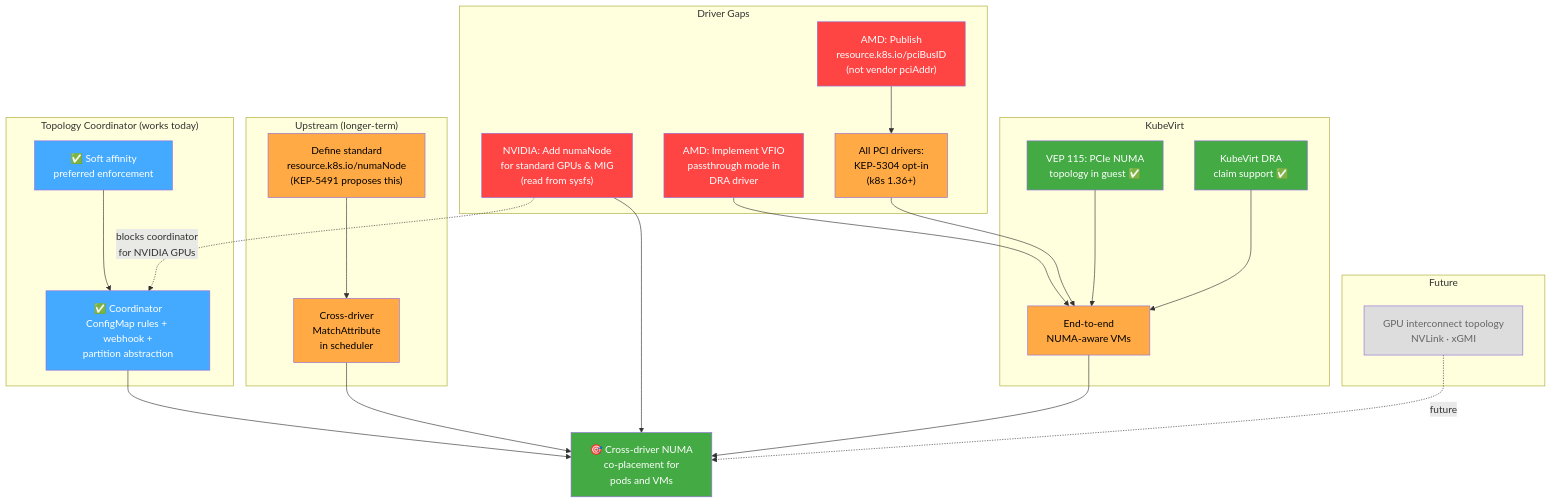
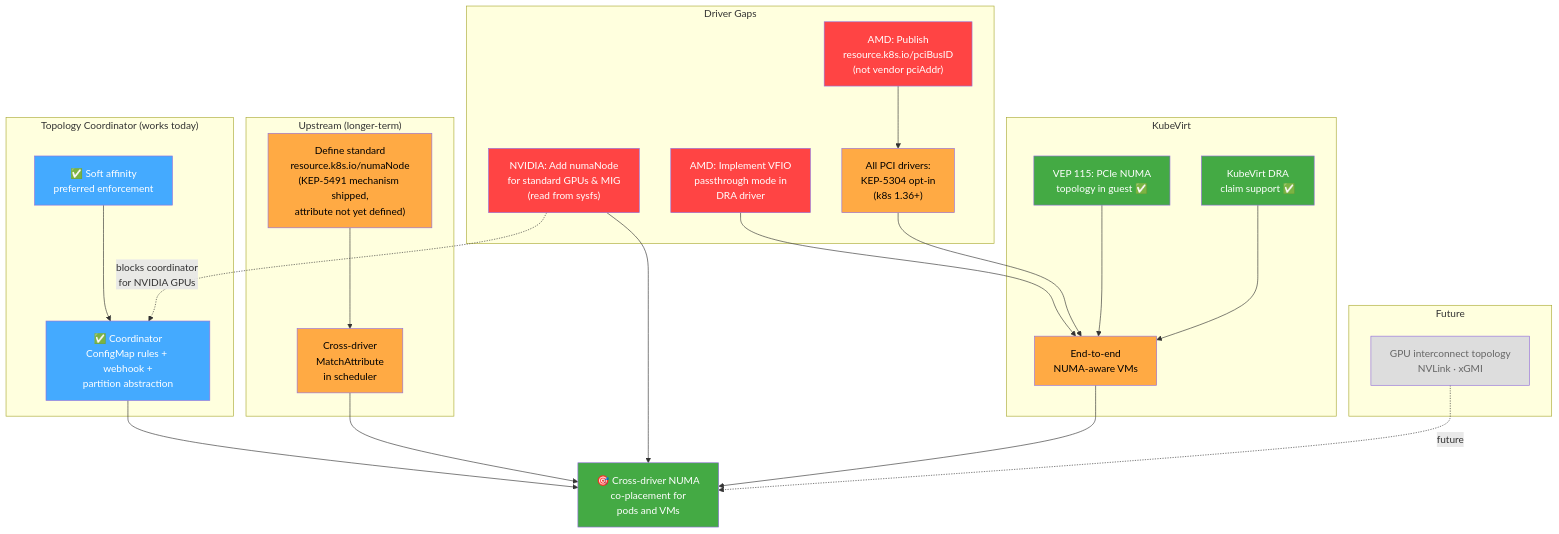
Before and after one commit to johnahull/dra-topology-aware-co-placement: the diagram in README.md, drawn with Mermaid. The commit also changed other lines of this file and 2 other files, not shown here.

First line of the commit message:
Add numaNode standardization proposal links to README, debate, roadmap

````diff
--- a/README.md
+++ b/README.md
@@ -216,62 +95,62 @@
 ```mermaid
 graph TD
     GOAL["🎯 Cross-driver NUMA<br/>co-placement for<br/>pods and VMs"]
 
     subgraph "Topology Coordinator (works today)"
         POC_DONE["✅ Coordinator<br/>ConfigMap rules + webhook +<br/>partition abstraction"]
         SOFT_DONE["✅ Soft affinity<br/>preferred enforcement"]
     end
 
     subgraph "Upstream (longer-term)"
-        STD_NUMA["Define standard<br/>resource.k8s.io/numaNode<br/>(KEP-5491 proposes this)"]
+        STD_NUMA["Define standard<br/>resource.k8s.io/numaNode<br/>(KEP-5491 mechanism shipped,<br/>attribute not yet defined)"]
         CROSS_MATCH["Cross-driver<br/>MatchAttribute<br/>in scheduler"]
     end
 
     subgraph "Driver Gaps"
         NVIDIA_NUMA["NVIDIA: Add numaNode<br/>for standard GPUs & MIG<br/>(read from sysfs)"]
         AMD_VFIO["AMD: Implement VFIO<br/>passthrough mode in<br/>DRA driver"]
         AMD_PCIBUSID["AMD: Publish<br/>resource.k8s.io/pciBusID<br/>(not vendor pciAddr)"]
         KEP5304["All PCI drivers:<br/>KEP-5304 opt-in<br/>(k8s 1.36+)"]
     end
 
     subgraph "KubeVirt"
         VEP115["VEP 115: PCIe NUMA<br/>topology in guest ✅"]
         KV_DRA["KubeVirt DRA<br/>claim support ✅"]
         KV_FULL["End-to-end<br/>NUMA-aware VMs"]
     end
 
     POC_DONE --> GOAL
     SOFT_DONE --> POC_DONE
     STD_NUMA --> CROSS_MATCH
     CROSS_MATCH --> GOAL
 
     NVIDIA_NUMA --> GOAL
     NVIDIA_NUMA -.->|"blocks coordinator<br/>for NVIDIA GPUs"| POC_DONE
     AMD_PCIBUSID --> KEP5304
     AMD_VFIO --> KV_FULL
     KEP5304 --> KV_FULL
 
     VEP115 --> KV_FULL
     KV_DRA --> KV_FULL
     KV_FULL --> GOAL
 
     subgraph "Future"
         GPU_TOPO["GPU interconnect topology<br/>NVLink · xGMI"]
     end
 
     GPU_TOPO -.->|"future"| GOAL
 
     style GOAL fill:#4a4,color:#fff
     style POC_DONE fill:#4af,color:#fff
     style SOFT_DONE fill:#4af,color:#fff
     style VEP115 fill:#4a4,color:#fff
     style KV_DRA fill:#4a4,color:#fff
     style NVIDIA_NUMA fill:#f44,color:#fff
     style AMD_VFIO fill:#f44,color:#fff
     style AMD_PCIBUSID fill:#f44,color:#fff
     style KEP5304 fill:#fa4,color:#000
     style STD_NUMA fill:#fa4,color:#000
     style CROSS_MATCH fill:#fa4,color:#000
     style KV_FULL fill:#fa4,color:#000
     style GPU_TOPO fill:#ddd,color:#666
 ```
````
